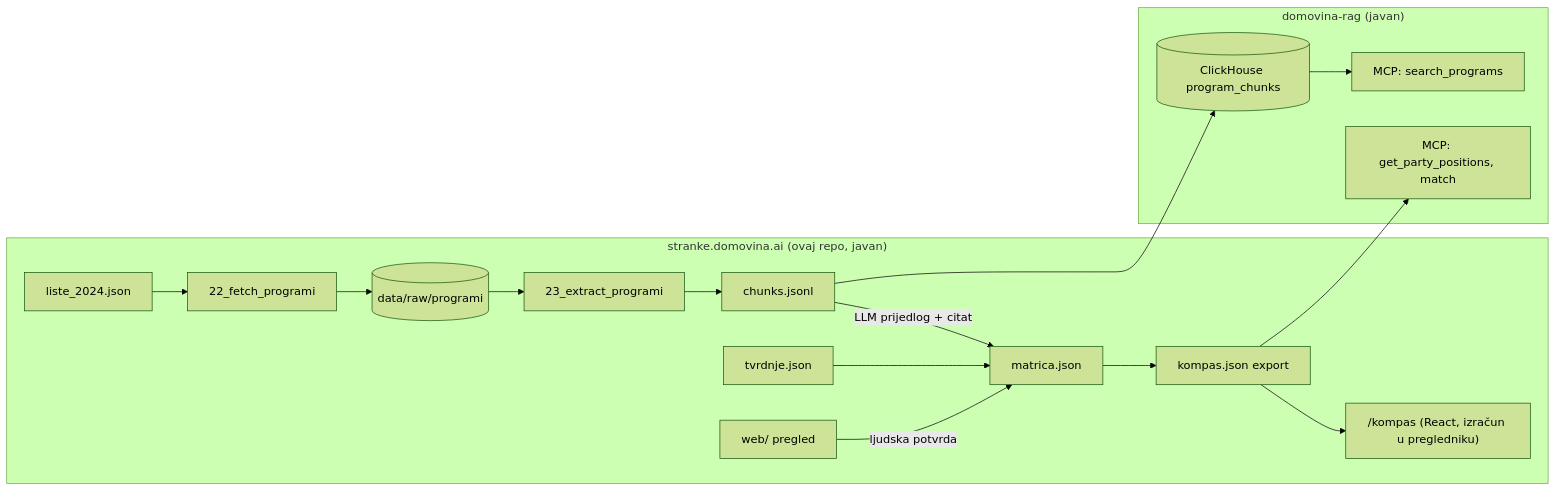
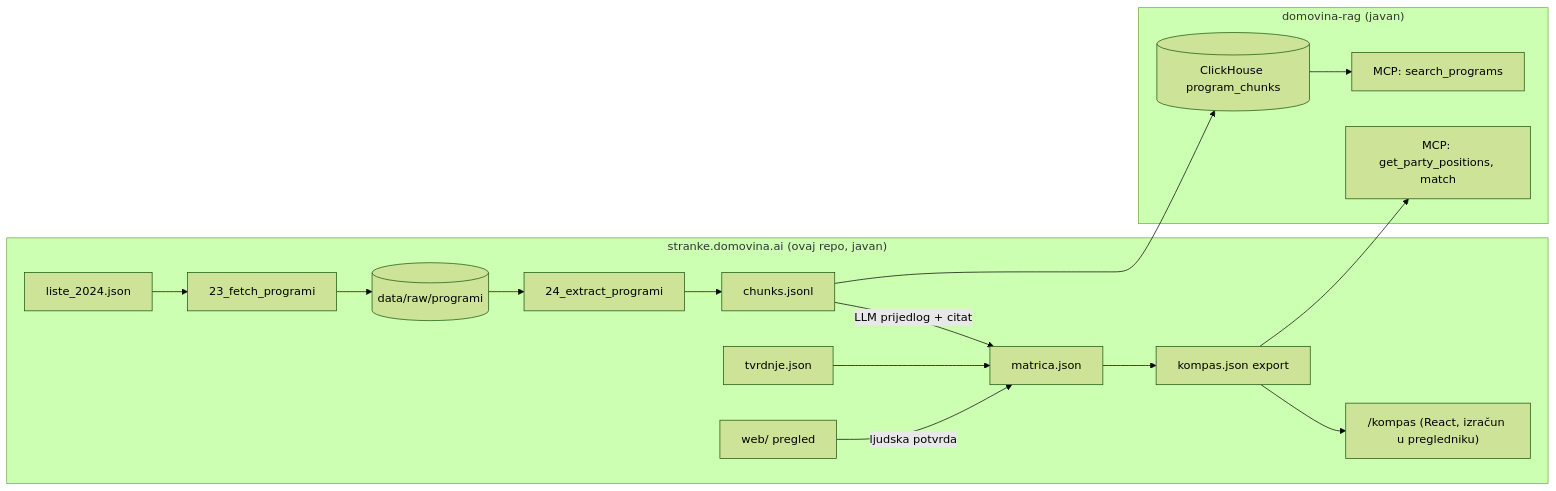
Before and after one commit to domovinatv/stranke.domovina.ai: the diagram in docs/kompas/plan.md, drawn with Mermaid (forest theme). The commit also changed 12 other files, not shown here.

````diff
--- a/docs/kompas/plan.md
+++ b/docs/kompas/plan.md
@@ -13,19 +13,19 @@
 ```mermaid
 flowchart LR
     subgraph S["stranke.domovina.ai (ovaj repo, javan)"]
-        L[liste_2024.json] --> F[22_fetch_programi]
+        L[liste_2024.json] --> F[23_fetch_programi]
         F --> R[(data/raw/programi)]
-        R --> X[23_extract_programi]
+        R --> X[24_extract_programi]
         X --> C[chunks.jsonl]
         T[tvrdnje.json] --> M[matrica.json]
         C -->|LLM prijedlog + citat| M
         W[web/ pregled] -->|ljudska potvrda| M
         M --> E[kompas.json export]
         E --> P["/kompas (React, izračun u pregledniku)"]
     end
     subgraph D["domovina-rag (javan)"]
         C --> CH[(ClickHouse program_chunks)]
         CH --> MCP[MCP: search_programs]
         E --> MCP2[MCP: get_party_positions, match]
     end
 ```
````
